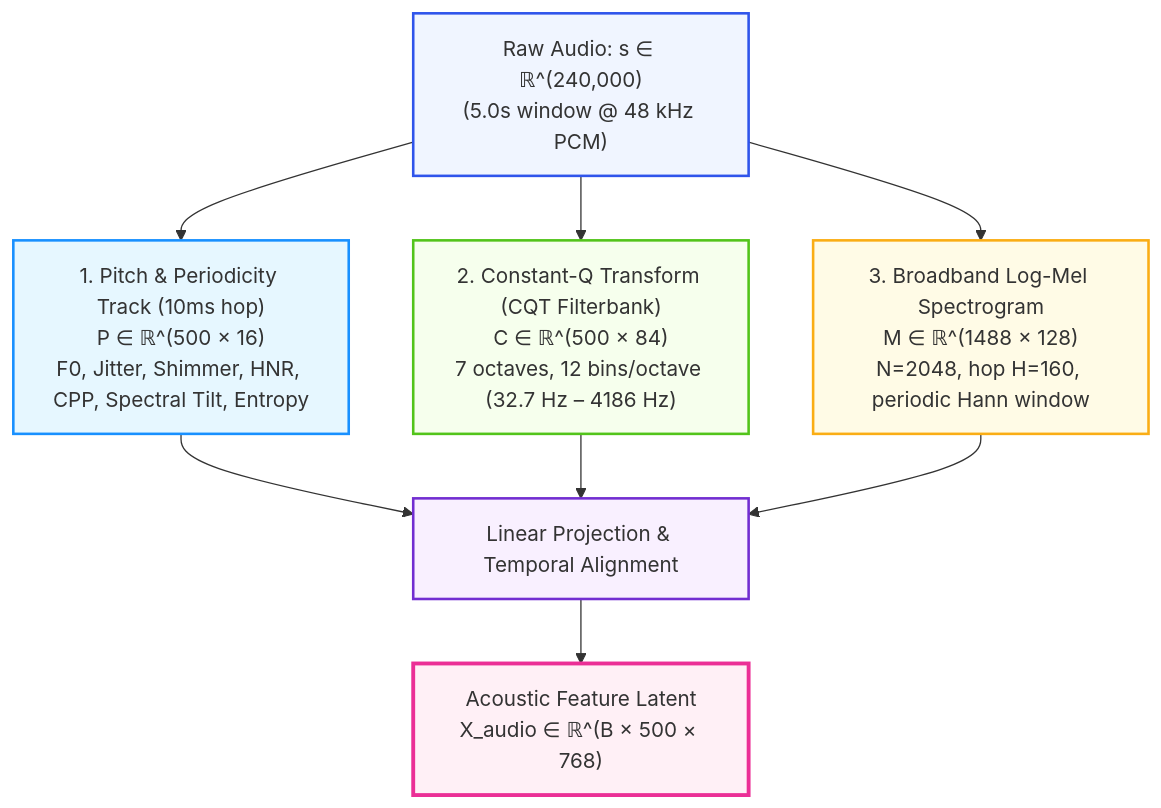
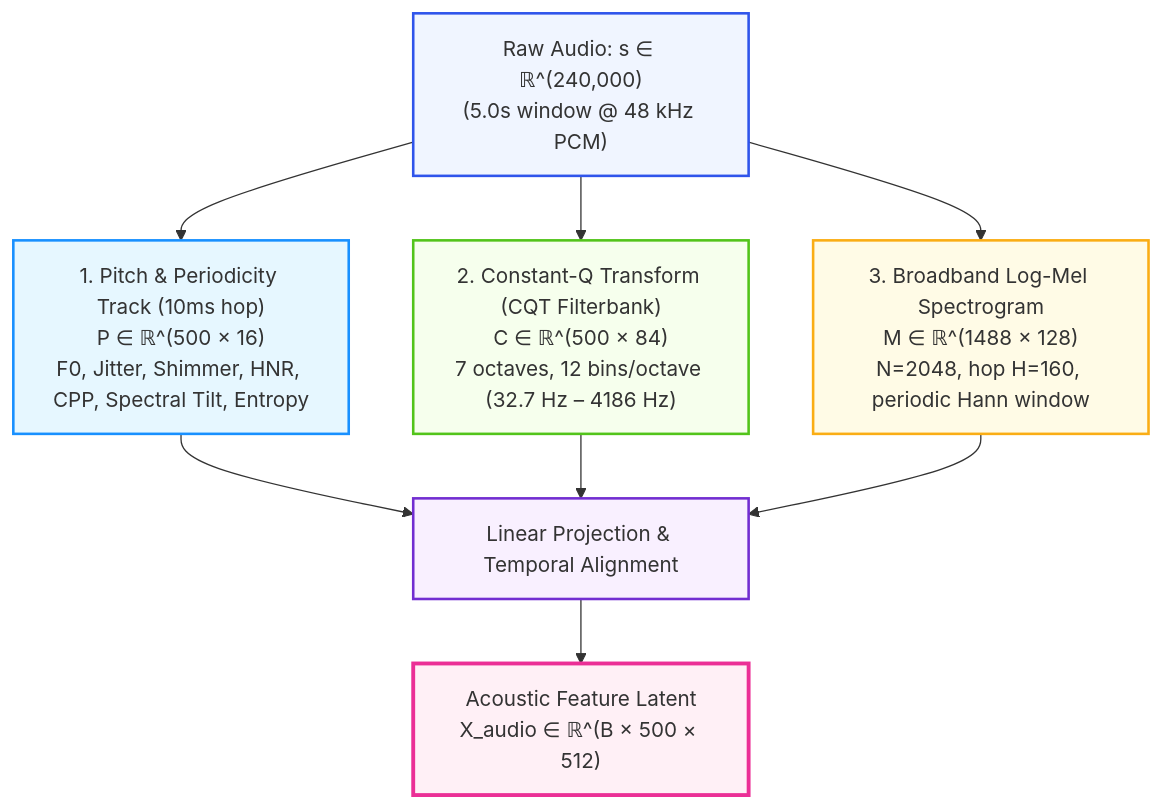
One commit to olostan/project_n changed the second of 4 diagrams in SPECS.md. Above: the diagram before and after it, drawn with Mermaid. The commit also changed other lines of this file and 6 other files, not shown here.

````diff
--- a/SPECS.md
+++ b/SPECS.md
@@ -69,18 +69,18 @@
 ```mermaid
 graph TD
     Raw["Raw Audio: s ∈ ℝ^(240,000)<br/>(5.0s window @ 48 kHz PCM)"]
 
     Raw --> P1["1. Pitch & Periodicity Track (10ms hop)<br/>P ∈ ℝ^(500 × 16)<br/>F0, Jitter, Shimmer, HNR, CPP, Spectral Tilt, Entropy"]
     Raw --> P2["2. Constant-Q Transform (CQT Filterbank)<br/>C ∈ ℝ^(500 × 84)<br/>7 octaves, 12 bins/octave (32.7 Hz – 4186 Hz)"]
     Raw --> P3["3. Broadband Log-Mel Spectrogram<br/>M ∈ ℝ^(1488 × 128)<br/>N=2048, hop H=160, periodic Hann window"]
 
     P1 & P2 & P3 --> Concat["Linear Projection & Temporal Alignment"]
-    Concat --> Out["Acoustic Feature Latent<br/>X_audio ∈ ℝ^(B × 500 × 768)"]
+    Concat --> Out["Acoustic Feature Latent<br/>X_audio ∈ ℝ^(B × 500 × 512)"]
 
     style Raw fill:#f0f5ff,stroke:#2f54eb,stroke-width:2px
     style P1 fill:#e6f7ff,stroke:#1890ff,stroke-width:2px
     style P2 fill:#f6ffed,stroke:#52c41a,stroke-width:2px
     style P3 fill:#fffbe6,stroke:#faad14,stroke-width:2px
     style Concat fill:#f9f0ff,stroke:#722ed1,stroke-width:2px
     style Out fill:#fff0f6,stroke:#eb2f96,stroke-width:3px
 ```
````
